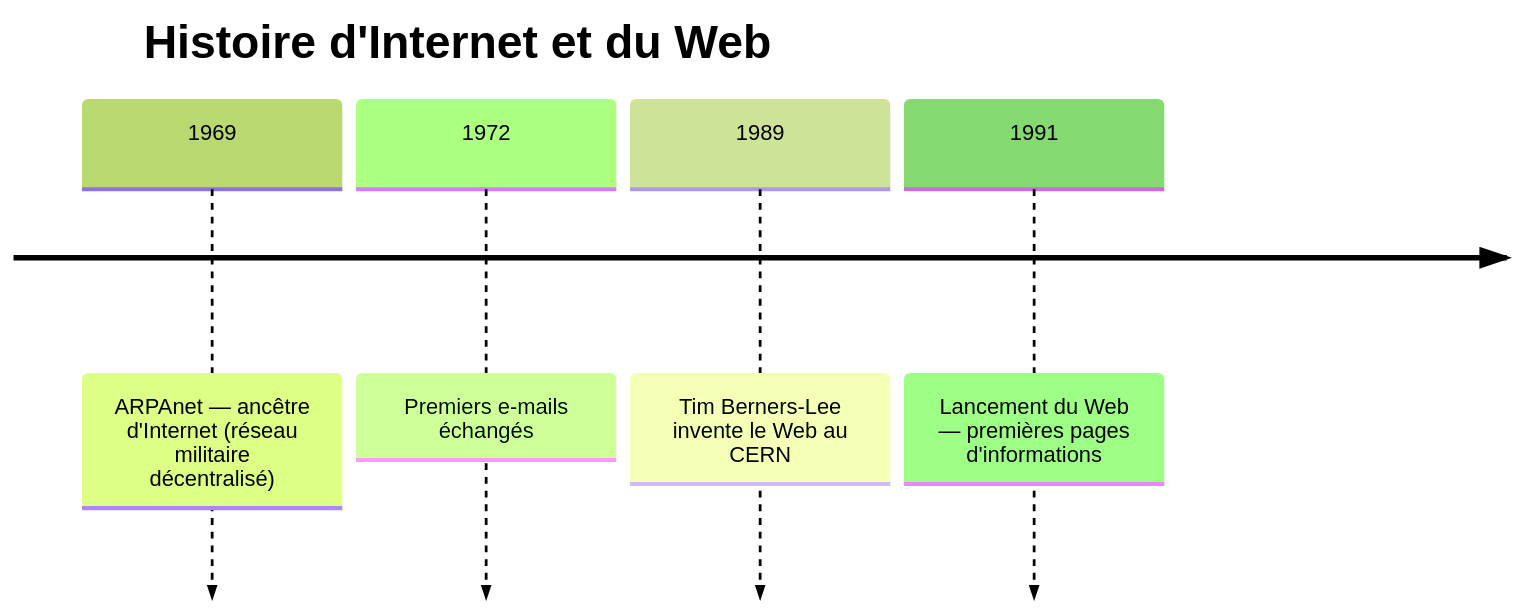
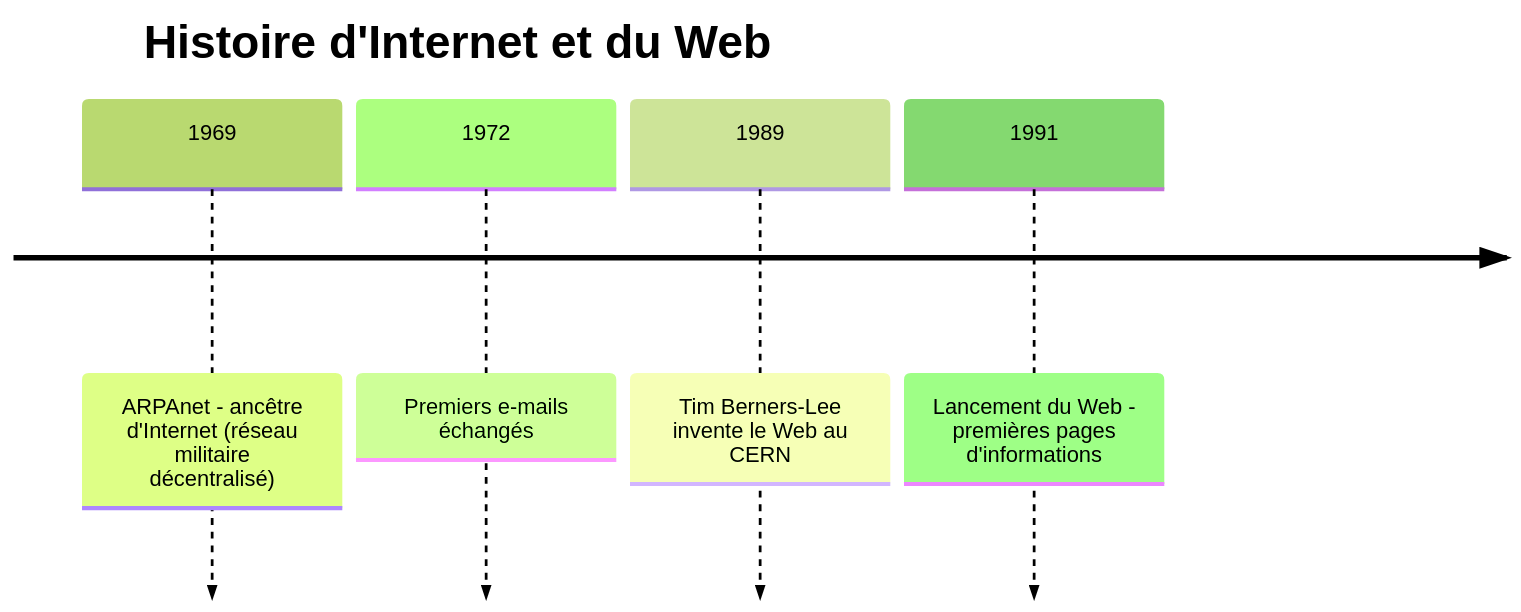
Before and after one commit to Lamizana/ZehdBox: the diagram in ZehdBox/docs/web/bases/naissance.md, drawn with Mermaid (forest theme). The commit also changed other lines of this file and 39 other files, not shown here.

````diff
--- a/ZehdBox/docs/web/bases/naissance.md
+++ b/ZehdBox/docs/web/bases/naissance.md
@@ -81,8 +81,8 @@
 ```mermaid
 timeline
     title Histoire d'Internet et du Web
-    1969 : ARPAnet — ancêtre d'Internet (réseau militaire décentralisé)
+    1969 : ARPAnet - ancêtre d'Internet (réseau militaire décentralisé)
     1972 : Premiers e-mails échangés
     1989 : Tim Berners-Lee invente le Web au CERN
-    1991 : Lancement du Web — premières pages d'informations
+    1991 : Lancement du Web - premières pages d'informations
 ```
````
